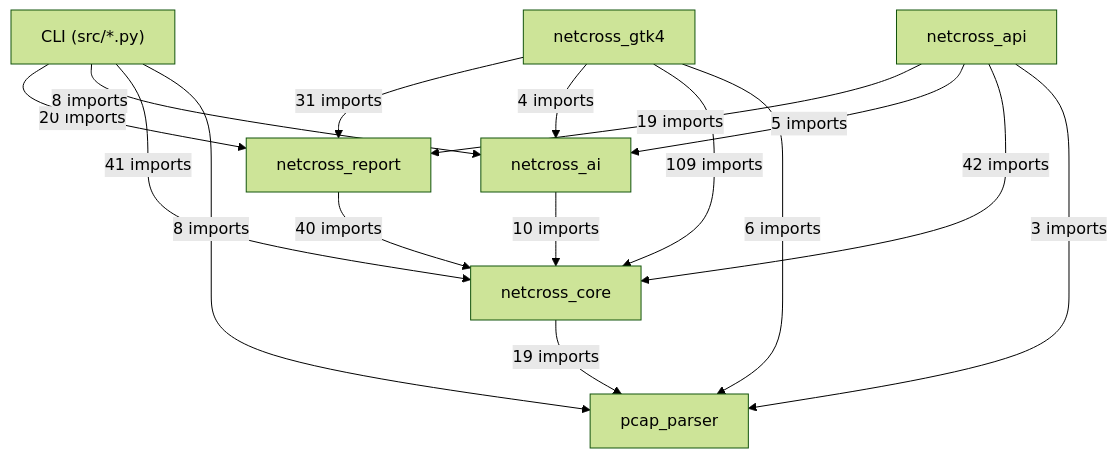
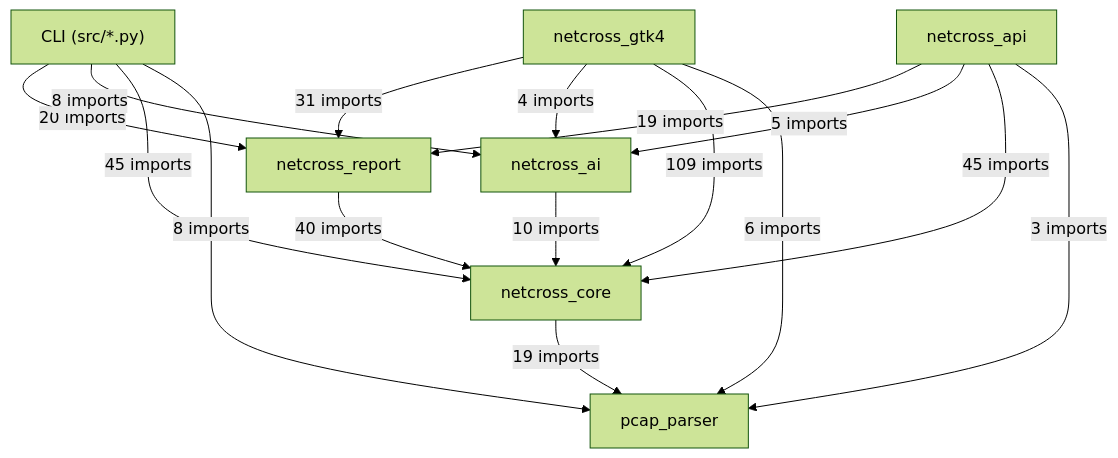
Before and after one commit to Mathide-Team/Netcross: the first of 20 diagrams in docs/class-diagram.md, drawn with Mermaid (forest theme). The commit also changed other lines of this file and 18 other files, not shown here.

First line of the commit message:
feat(#910): annotations et signets en CLI et dans l'API

````diff
--- a/docs/class-diagram.md
+++ b/docs/class-diagram.md
@@ -26,25 +26,25 @@
 ```mermaid
 flowchart TD
     CLI["CLI (src/*.py)"]
     netcross_gtk4["netcross_gtk4"]
     netcross_api["netcross_api"]
     netcross_report["netcross_report"]
     netcross_ai["netcross_ai"]
     netcross_core["netcross_core"]
     pcap_parser["pcap_parser"]
     CLI -->|"20 imports"| netcross_report
     CLI -->|"8 imports"| netcross_ai
-    CLI -->|"41 imports"| netcross_core
+    CLI -->|"45 imports"| netcross_core
     CLI -->|"8 imports"| pcap_parser
     netcross_gtk4 -->|"31 imports"| netcross_report
     netcross_gtk4 -->|"4 imports"| netcross_ai
     netcross_gtk4 -->|"109 imports"| netcross_core
     netcross_gtk4 -->|"6 imports"| pcap_parser
     netcross_api -->|"19 imports"| netcross_report
     netcross_api -->|"5 imports"| netcross_ai
-    netcross_api -->|"42 imports"| netcross_core
+    netcross_api -->|"45 imports"| netcross_core
     netcross_api -->|"3 imports"| pcap_parser
     netcross_report -->|"40 imports"| netcross_core
     netcross_ai -->|"10 imports"| netcross_core
     netcross_core -->|"19 imports"| pcap_parser
 ```
````
